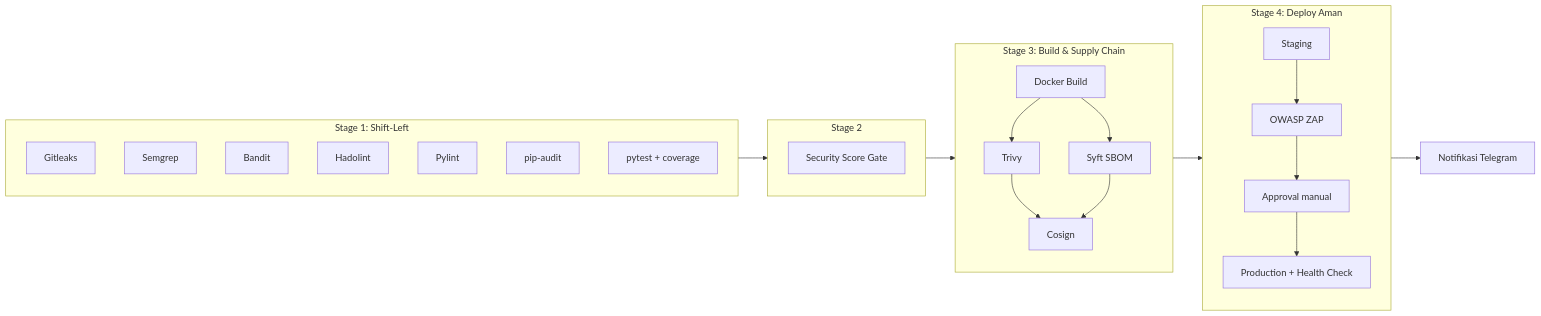
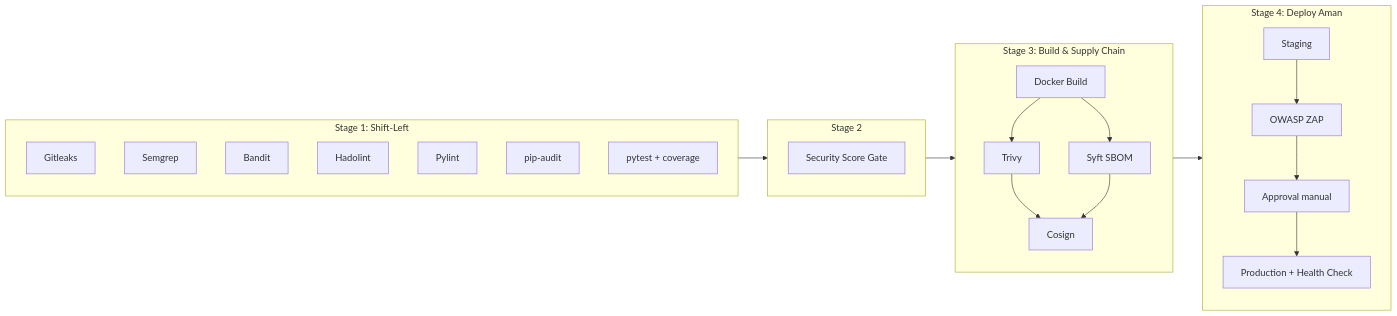
The diagram in README.md (MikuKirei555/devsecops-flask), drawn with Mermaid before and after one commit. The commit also changed other lines of this file, not shown here.

First line of the commit message:
Remove Telegram notification from README

````diff
--- a/README.md
+++ b/README.md
@@ -35,28 +34,27 @@
 ```mermaid
 flowchart LR
     subgraph S1[Stage 1: Shift-Left]
         A1[Gitleaks]
         A2[Semgrep]
         A3[Bandit]
         A4[Hadolint]
         A5[Pylint]
         A6[pip-audit]
         A7[pytest + coverage]
     end
     subgraph S2[Stage 2]
         B[Security Score Gate]
     end
     subgraph S3[Stage 3: Build & Supply Chain]
         C1[Docker Build] --> C2[Trivy]
         C1 --> C3[Syft SBOM]
         C2 --> C4[Cosign]
         C3 --> C4
     end
     subgraph S4[Stage 4: Deploy Aman]
         D1[Staging] --> D2[OWASP ZAP]
         D2 --> D3[Approval manual]
         D3 --> D4[Production + Health Check]
     end
     S1 --> S2 --> S3 --> S4
-    S4 --> N[Notifikasi Telegram]
 ```
````
